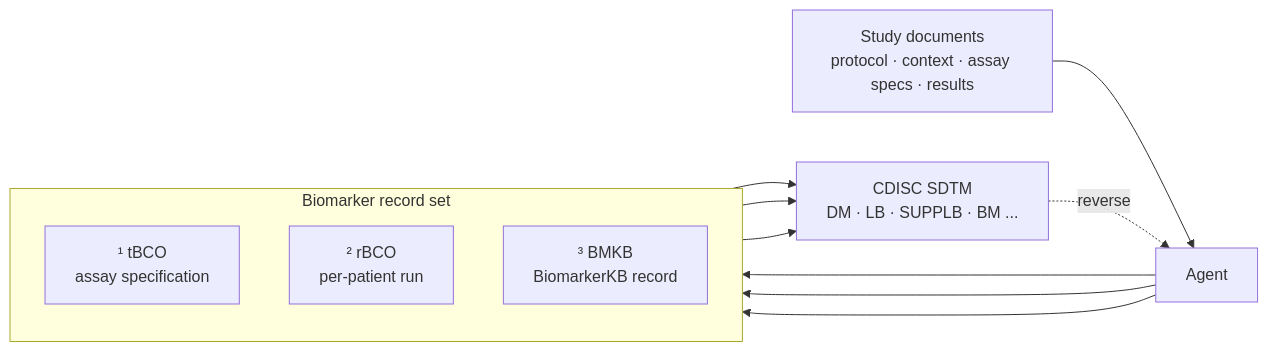
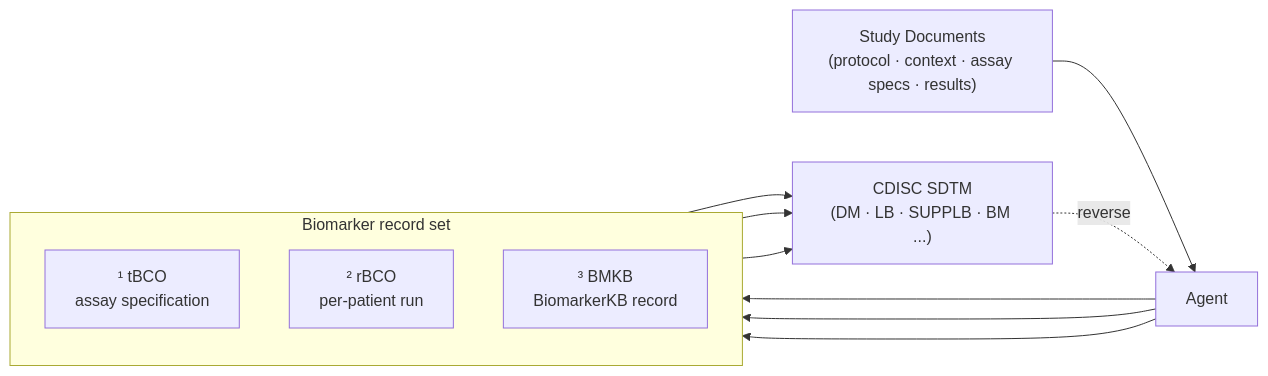
The diagram in README.md (clinical-biomarkers/biomarker-sdtm), drawn with Mermaid before and after one commit. The commit also changed other lines of this file, not shown here.

````diff
--- a/README.md
+++ b/README.md
@@ -23,22 +27,22 @@
 ```mermaid
 flowchart LR
-    docs["Study documents<br/>protocol · context · assay specs · results"]
+    docs["Study Documents<br/>(protocol · context · assay specs · results)"]
     agent["Agent"]
-    sdtm["CDISC SDTM<br/>DM · LB · SUPPLB · BM ..."]
+    sdtm["CDISC SDTM<br/>(DM · LB · SUPPLB · BM ...)"]
 
     subgraph comp["Biomarker record set"]
         direction TB
         tbco["¹ tBCO<br/>assay specification"]
         rbco["² rBCO<br/>per-patient run"]
         bmkb["³ BMKB<br/>BiomarkerKB record"]
     end
 
     docs --> agent
     agent --> tbco
     agent --> rbco
     agent --> bmkb
     tbco --> sdtm
     rbco --> sdtm
     bmkb --> sdtm
     sdtm -. "reverse" .-> agent
 ```
````
